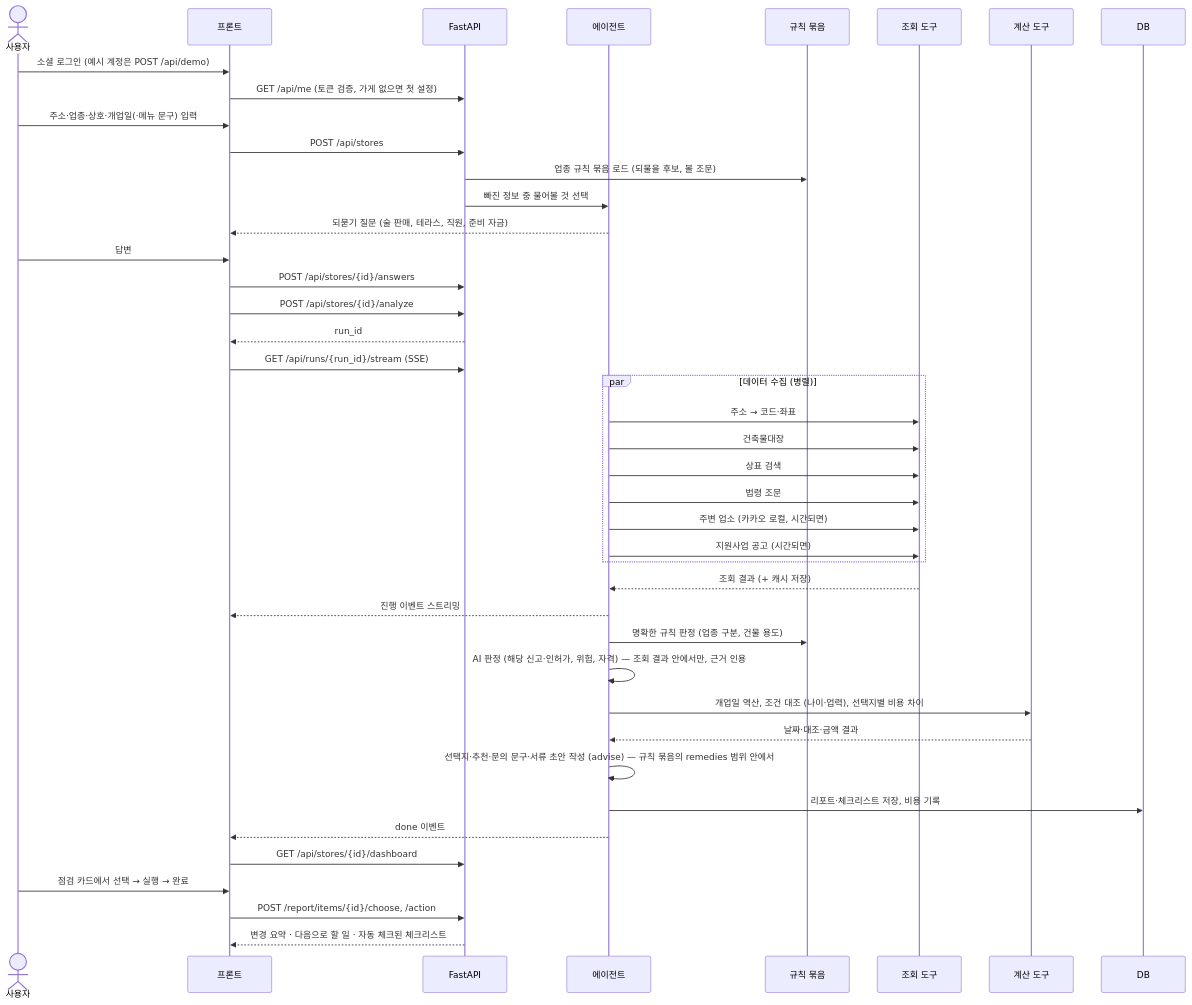
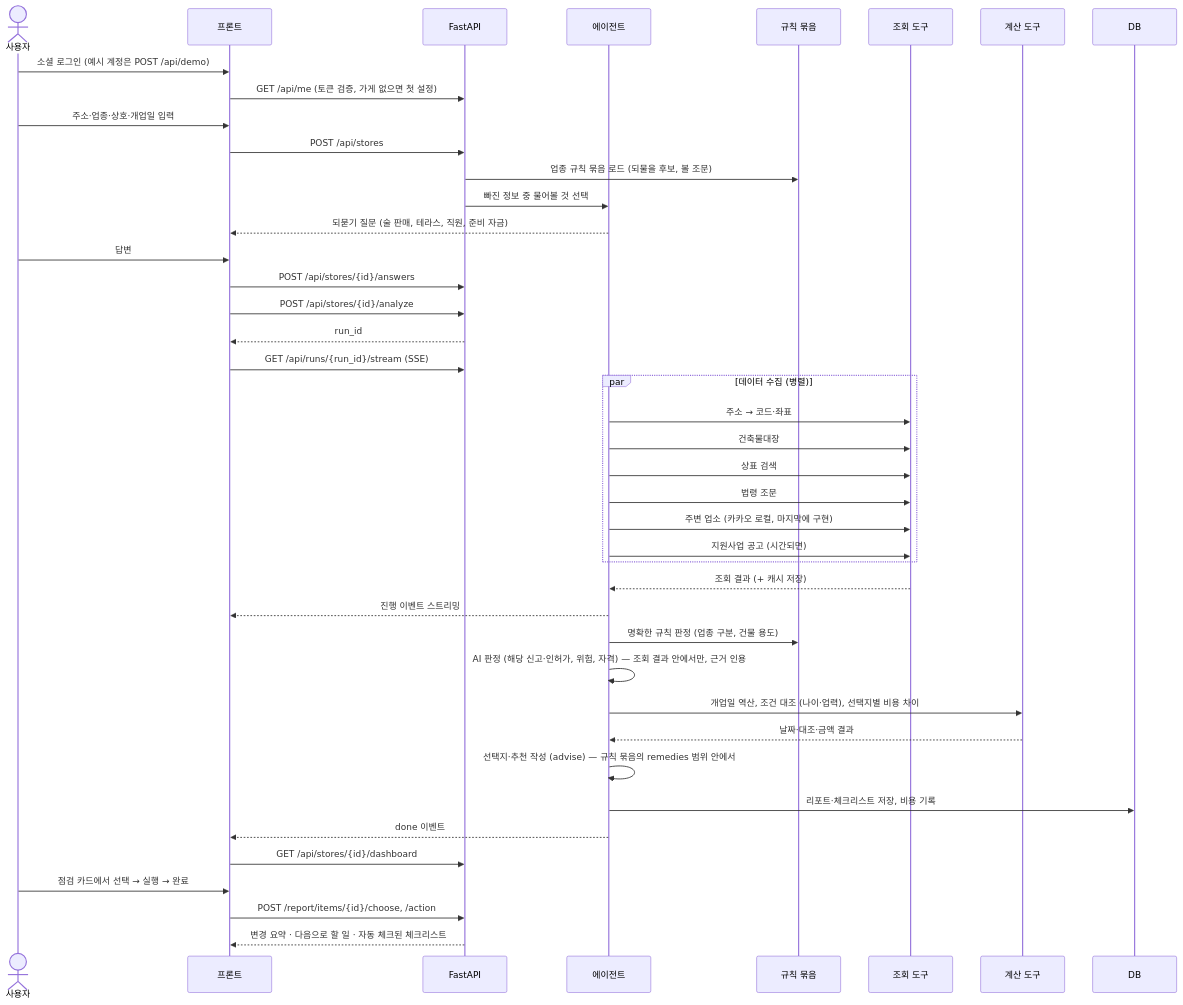
One commit to kimtaeg/Foundy changed the second of 4 diagrams in docs/아키텍처_인프라.md. Above: the diagram before and after it, drawn with Mermaid. The commit also changed other lines of this file and 7 other files, not shown here.

````diff
--- a/docs/아키텍처_인프라.md
+++ b/docs/아키텍처_인프라.md
@@ -113,45 +115,45 @@
 ```mermaid
 sequenceDiagram
     actor U as 사용자
     participant FE as 프론트
     participant API as FastAPI
     participant AG as 에이전트
     participant RP as 규칙 묶음
     participant T as 조회 도구
     participant C as 계산 도구
     participant DB as DB
 
     U->>FE: 소셜 로그인 (예시 계정은 POST /api/demo)
     FE->>API: GET /api/me (토큰 검증, 가게 없으면 첫 설정)
-    U->>FE: 주소·업종·상호·개업일(·메뉴 문구) 입력
+    U->>FE: 주소·업종·상호·개업일 입력
     FE->>API: POST /api/stores
     API->>RP: 업종 규칙 묶음 로드 (되물을 후보, 볼 조문)
     API->>AG: 빠진 정보 중 물어볼 것 선택
     AG-->>FE: 되묻기 질문 (술 판매, 테라스, 직원, 준비 자금)
     U->>FE: 답변
     FE->>API: POST /api/stores/{id}/answers
     FE->>API: POST /api/stores/{id}/analyze
     API-->>FE: run_id
     FE->>API: GET /api/runs/{run_id}/stream (SSE)
     par 데이터 수집 (병렬)
         AG->>T: 주소 → 코드·좌표
         AG->>T: 건축물대장
         AG->>T: 상표 검색
         AG->>T: 법령 조문
-        AG->>T: 주변 업소 (카카오 로컬, 시간되면)
+        AG->>T: 주변 업소 (카카오 로컬, 마지막에 구현)
     AG->>T: 지원사업 공고 (시간되면)
     end
     T-->>AG: 조회 결과 (+ 캐시 저장)
     AG-->>FE: 진행 이벤트 스트리밍
     AG->>RP: 명확한 규칙 판정 (업종 구분, 건물 용도)
     AG->>AG: AI 판정 (해당 신고·인허가, 위험, 자격) — 조회 결과 안에서만, 근거 인용
     AG->>C: 개업일 역산, 조건 대조 (나이·업력), 선택지별 비용 차이
     C-->>AG: 날짜·대조·금액 결과
-    AG->>AG: 선택지·추천·문의 문구·서류 초안 작성 (advise) — 규칙 묶음의 remedies 범위 안에서
+    AG->>AG: 선택지·추천 작성 (advise) — 규칙 묶음의 remedies 범위 안에서
     AG->>DB: 리포트·체크리스트 저장, 비용 기록
     AG-->>FE: done 이벤트
     FE->>API: GET /api/stores/{id}/dashboard
     U->>FE: 점검 카드에서 선택 → 실행 → 완료
     FE->>API: POST /report/items/{id}/choose, /action
     API-->>FE: 변경 요약 · 다음으로 할 일 · 자동 체크된 체크리스트
 ```
````
